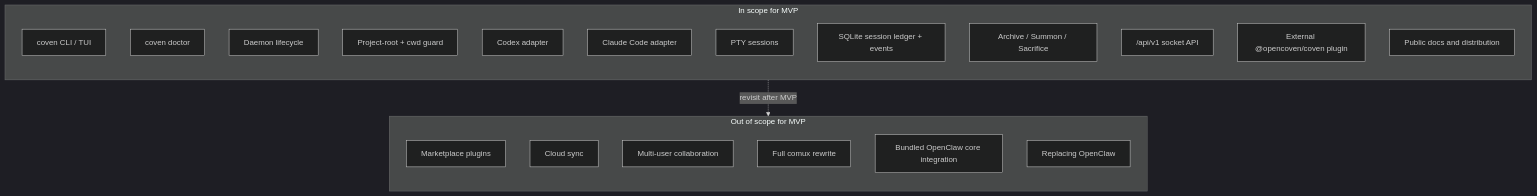
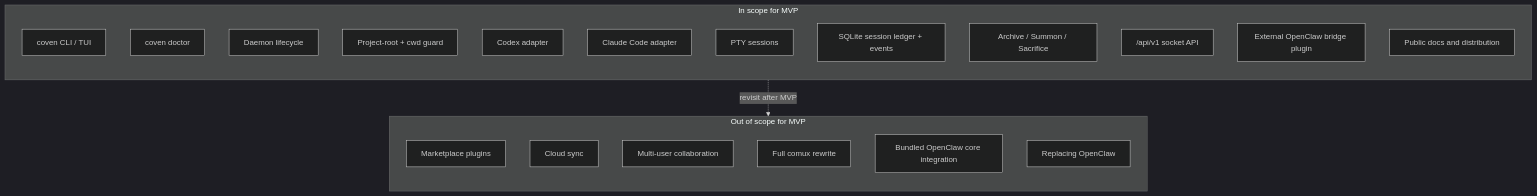
The second of 2 diagrams in docs/es/PRODUCT-SPEC.md (OpenCoven/coven), drawn with Mermaid (dark theme) before and after one commit. The commit also changed other lines of this file and 48 other files, not shown here.

````diff
--- a/docs/es/PRODUCT-SPEC.md
+++ b/docs/es/PRODUCT-SPEC.md
@@ -93,30 +93,30 @@
 ```mermaid
 flowchart TB
   subgraph InScope["In scope for MVP"]
     direction TB
     Cli["coven CLI / TUI"]
     Doc["coven doctor"]
     DaemonOps["Daemon lifecycle"]
     PrjGuard["Project-root + cwd guard"]
     Codex["Codex adapter"]
     Claude["Claude Code adapter"]
     Pty["PTY sessions"]
     Store["SQLite session ledger + events"]
     Rituals["Archive / Summon / Sacrifice"]
     Api["/api/v1 socket API"]
-    Plugin["External @opencoven/coven plugin"]
+    Plugin["External OpenClaw bridge plugin"]
     Docs["Public docs and distribution"]
   end
 
   subgraph OutOfScope["Out of scope for MVP"]
     direction TB
     Marketplace["Marketplace plugins"]
     Cloud["Cloud sync"]
     Multi["Multi-user collaboration"]
     Rewrite["Full comux rewrite"]
     Bundled["Bundled OpenClaw core integration"]
     Replace["Replacing OpenClaw"]
   end
 
   InScope -. revisit after MVP .-> OutOfScope
 ```
````
